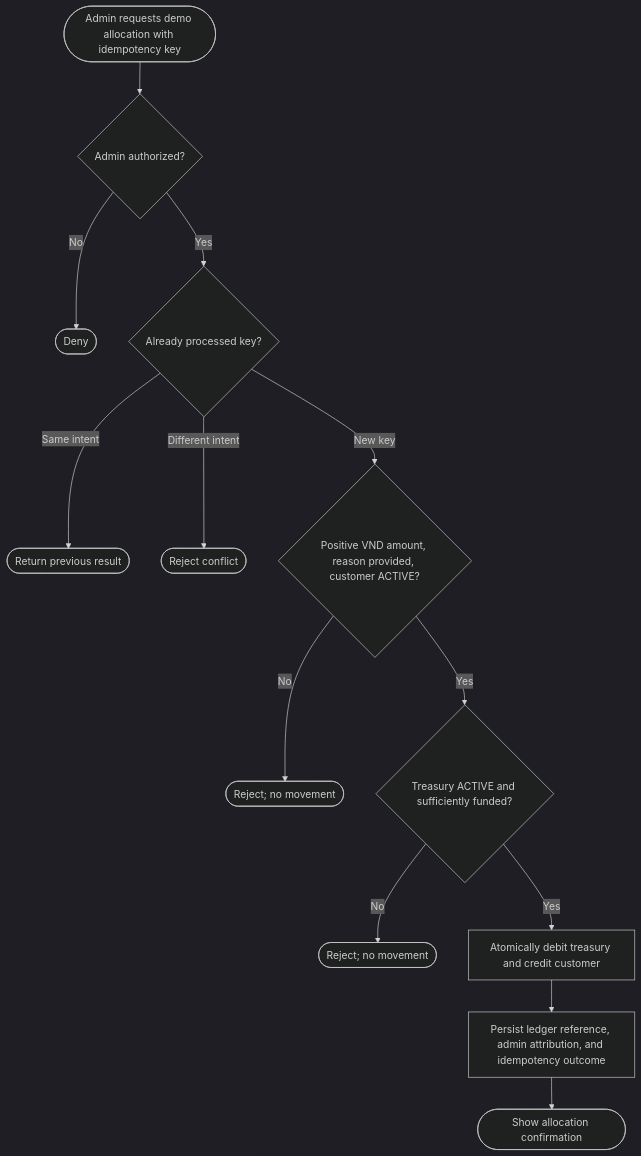
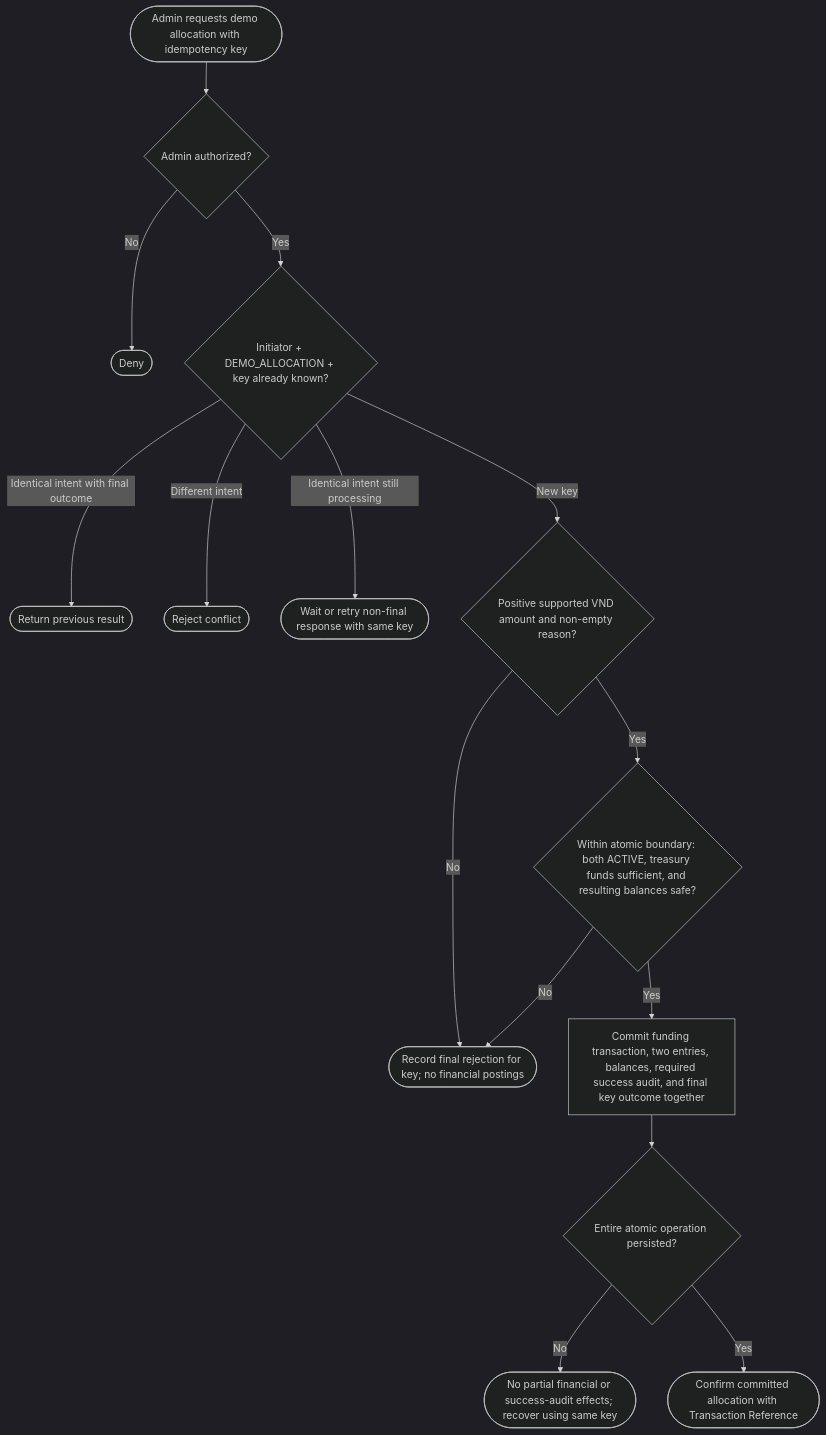
The fourth of 6 diagrams in docs/05-business-processes.md (nvawntien/finfast), drawn with Mermaid (dark theme) before and after one commit. The commit also changed other lines of this file and 7 other files, not shown here.

````diff
--- a/docs/05-business-processes.md
+++ b/docs/05-business-processes.md
@@ -99,15 +102,17 @@
 ```mermaid
 flowchart TD
     S([Admin requests demo allocation with idempotency key]) --> AUTH{Admin authorized?}
     AUTH -- No --> DENY([Deny])
-    AUTH -- Yes --> KEY{Already processed key?}
-    KEY -- Same intent --> DUP([Return previous result])
+    AUTH -- Yes --> KEY{Initiator + DEMO_ALLOCATION + key already known?}
+    KEY -- Identical intent with final outcome --> DUP([Return previous result])
     KEY -- Different intent --> CONF([Reject conflict])
-    KEY -- New key --> VAL{Positive VND amount, reason provided, customer ACTIVE?}
-    VAL -- No --> REJ([Reject; no movement])
-    VAL -- Yes --> T{Treasury ACTIVE and sufficiently funded?}
-    T -- No --> NO([Reject; no movement])
-    T -- Yes --> POST[Atomically debit treasury and credit customer]
-    POST --> AUD[Persist ledger reference, admin attribution, and idempotency outcome]
-    AUD --> OK([Show allocation confirmation])
+    KEY -- Identical intent still processing --> WAIT([Wait or retry non-final response with same key])
+    KEY -- New key --> VAL{Positive supported VND amount and non-empty reason?}
+    VAL -- No --> REJ([Record final rejection for key; no financial postings])
+    VAL -- Yes --> T{Within atomic boundary: both ACTIVE, treasury funds sufficient, and resulting balances safe?}
+    T -- No --> REJ
+    T -- Yes --> POST[Commit funding transaction, two entries, balances, required success audit, and final key outcome together]
+    POST --> DONE{Entire atomic operation persisted?}
+    DONE -- No --> FAIL([No partial financial or success-audit effects; recover using same key])
+    DONE -- Yes --> OK([Confirm committed allocation with Transaction Reference])
 ```
````
